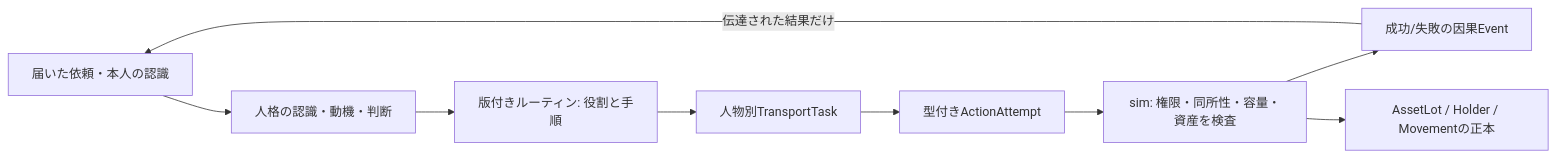
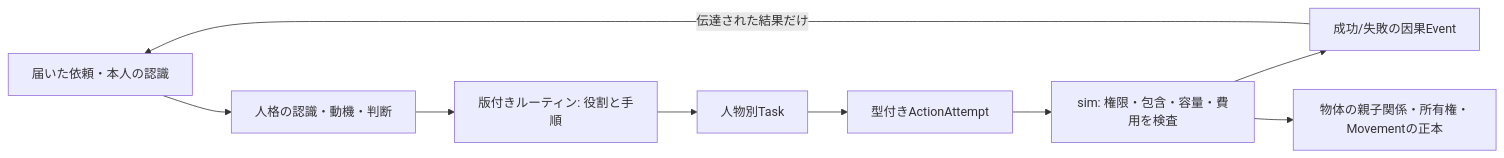
One commit to demerzel09/Medieval-Simulator changed the second of 2 diagrams in docs/COMMON_LOGISTICS_DESIGN.md. Above: the diagram before and after it, drawn with Mermaid. The commit also changed other lines of this file and 5 other files, not shown here.

````diff
--- a/docs/COMMON_LOGISTICS_DESIGN.md
+++ b/docs/COMMON_LOGISTICS_DESIGN.md
@@ -73,11 +30,11 @@
 ```mermaid
 flowchart LR
   O[届いた依頼・本人の認識] --> P[人格の認識・動機・判断]
   P --> R[版付きルーティン: 役割と手順]
-  R --> T[人物別TransportTask]
+  R --> T[人物別Task]
   T --> A[型付きActionAttempt]
-  A --> S[sim: 権限・同所性・容量・資産を検査]
+  A --> S[sim: 権限・包含・容量・費用を検査]
   S --> E[成功/失敗の因果Event]
   E -->|伝達された結果だけ| O
-  S --> L[AssetLot / Holder / Movementの正本]
+  S --> W[物体の親子関係・所有権・Movementの正本]
 ```
````
